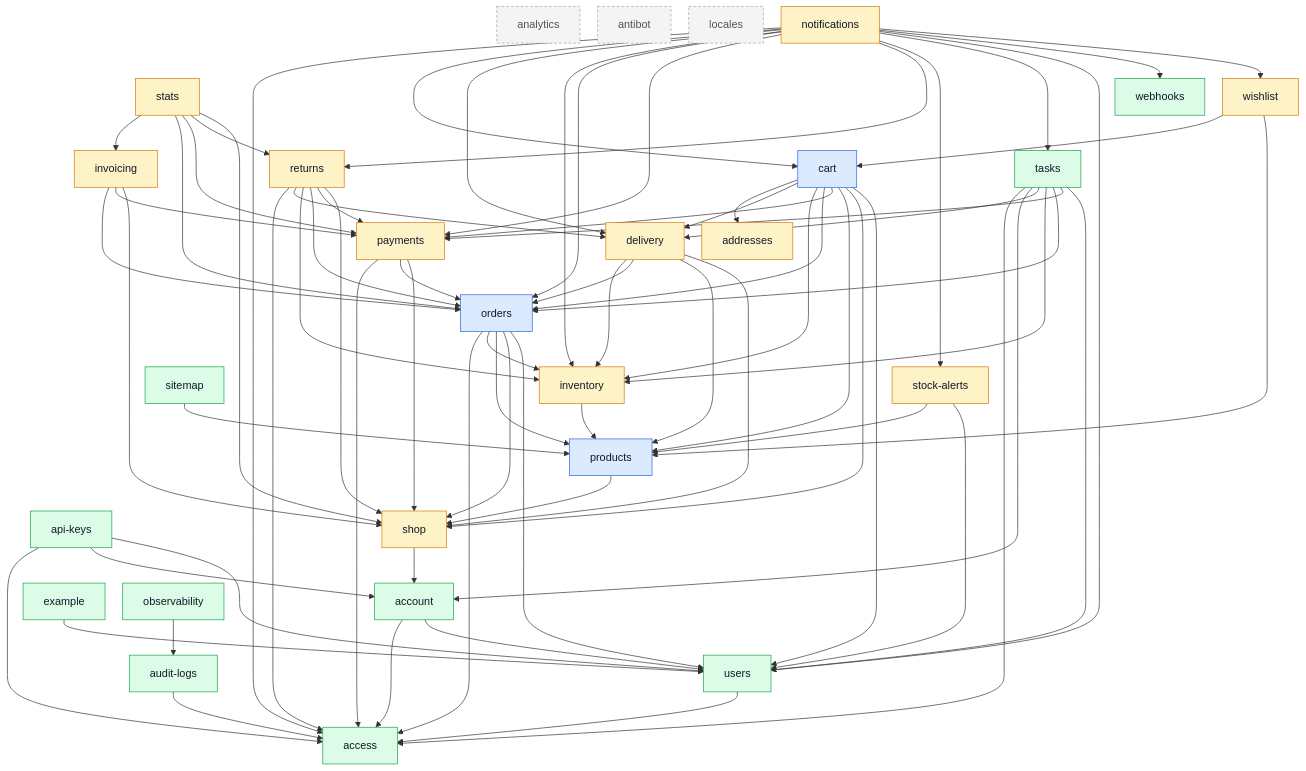
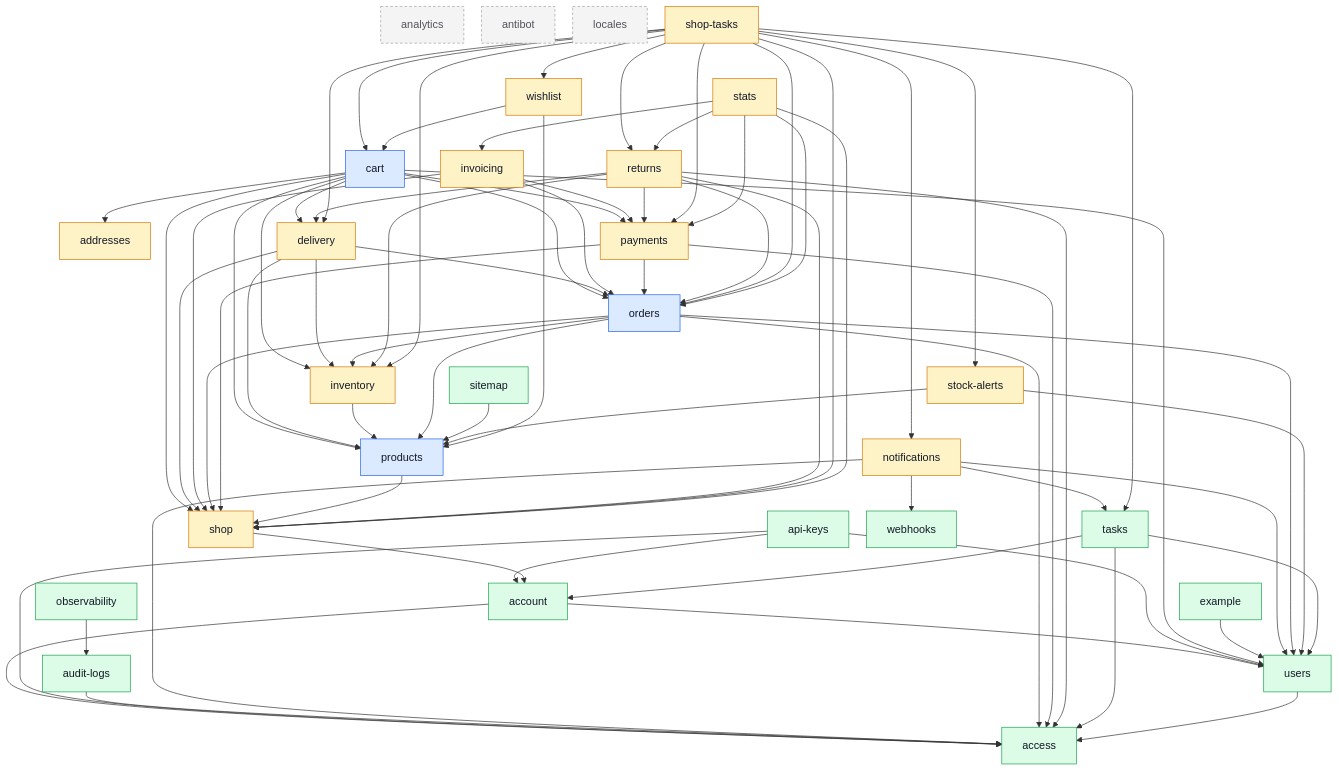
One commit to Guebbit/boilerplate-node-backend changed the diagram in docs/modules/index.md. Above: the diagram before and after it, drawn with Mermaid. The commit also changed other lines of this file and 107 other files, not shown here.

First line of the commit message:
refactor(shop-tasks): move the shop's to-dos and notices into their own module

````diff
--- a/docs/modules/index.md
+++ b/docs/modules/index.md
@@ -60,6 +60,7 @@
     products
     returns
     shop
+    shop_tasks["shop-tasks"]
     sitemap
     stats
     stock_alerts["stock-alerts"]
@@ -92,17 +93,9 @@
     invoicing --> payments
     invoicing --> shop
     notifications --> access
-    notifications --> cart
-    notifications --> delivery
-    notifications --> inventory
-    notifications --> orders
-    notifications --> payments
-    notifications --> returns
-    notifications --> stock_alerts
     notifications --> tasks
     notifications --> users
     notifications --> webhooks
-    notifications --> wishlist
     observability --> audit_logs
     orders --> access
     orders --> inventory
@@ -120,6 +113,17 @@
     returns --> payments
     returns --> shop
     shop --> account
+    shop_tasks --> cart
+    shop_tasks --> delivery
+    shop_tasks --> inventory
+    shop_tasks --> notifications
+    shop_tasks --> orders
+    shop_tasks --> payments
+    shop_tasks --> returns
+    shop_tasks --> shop
+    shop_tasks --> stock_alerts
+    shop_tasks --> tasks
+    shop_tasks --> wishlist
     sitemap --> products
     stats --> invoicing
     stats --> orders
@@ -130,10 +134,6 @@
     stock_alerts --> users
     tasks --> access
     tasks --> account
-    tasks --> delivery
-    tasks --> inventory
-    tasks --> orders
-    tasks --> payments
     tasks --> users
     users --> access
     wishlist --> cart
@@ -144,7 +144,7 @@
     classDef generic fill:#dcfce7,stroke:#16a34a,color:#111827;
     classDef isolated fill:#f4f4f5,stroke:#a1a1aa,color:#52525b,stroke-dasharray:4 3;
     class cart,orders,products core;
-    class addresses,delivery,inventory,invoicing,notifications,payments,returns,shop,stats,stock_alerts,wishlist supporting;
+    class addresses,delivery,inventory,invoicing,notifications,payments,returns,shop,shop_tasks,stats,stock_alerts,wishlist supporting;
     class access,account,api_keys,audit_logs,example,observability,sitemap,tasks,users,webhooks generic;
     class analytics,antibot,locales isolated;
 ```
````
